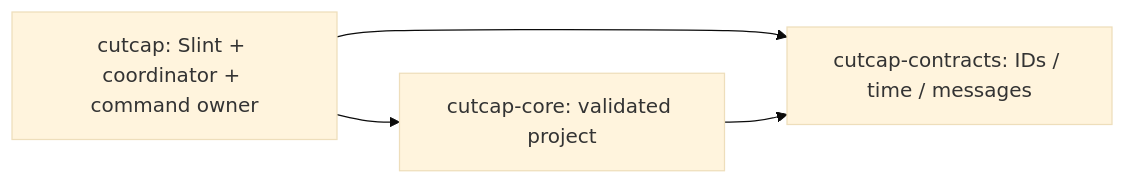
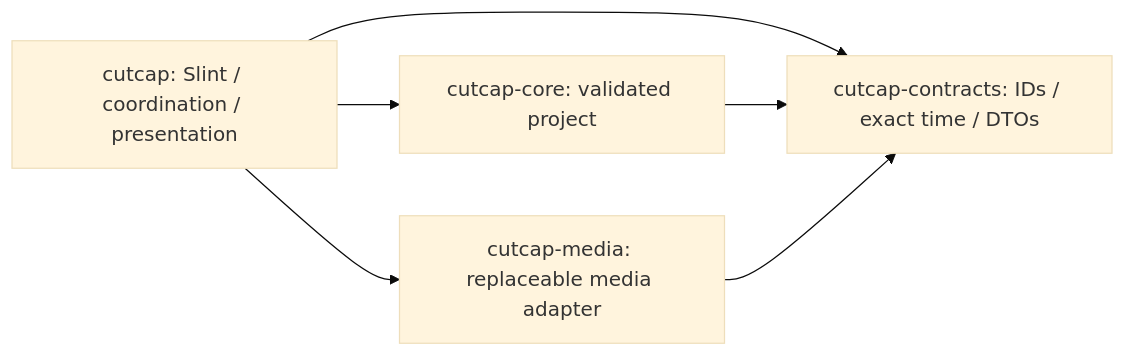
The diagram in docs/ARCHITECTURE.md (ayzeeyan/cutcap), drawn with Mermaid (base theme) before and after one commit. The commit also changed other lines of this file and 55 other files, not shown here.

````diff
--- a/docs/ARCHITECTURE.md
+++ b/docs/ARCHITECTURE.md
@@ -5,6 +5,8 @@
 ```mermaid
 flowchart LR
-  App[cutcap: Slint + coordinator + command owner] --> Core[cutcap-core: validated project]
-  App --> Contract[cutcap-contracts: IDs / time / messages]
-  Core --> Contract
+  App[cutcap: Slint / coordination / presentation] --> Core[cutcap-core: validated project]
+  App --> Media[cutcap-media: replaceable media adapter]
+  App --> Contracts[cutcap-contracts: IDs / exact time / DTOs]
+  Core --> Contracts
+  Media --> Contracts
 ```
````
